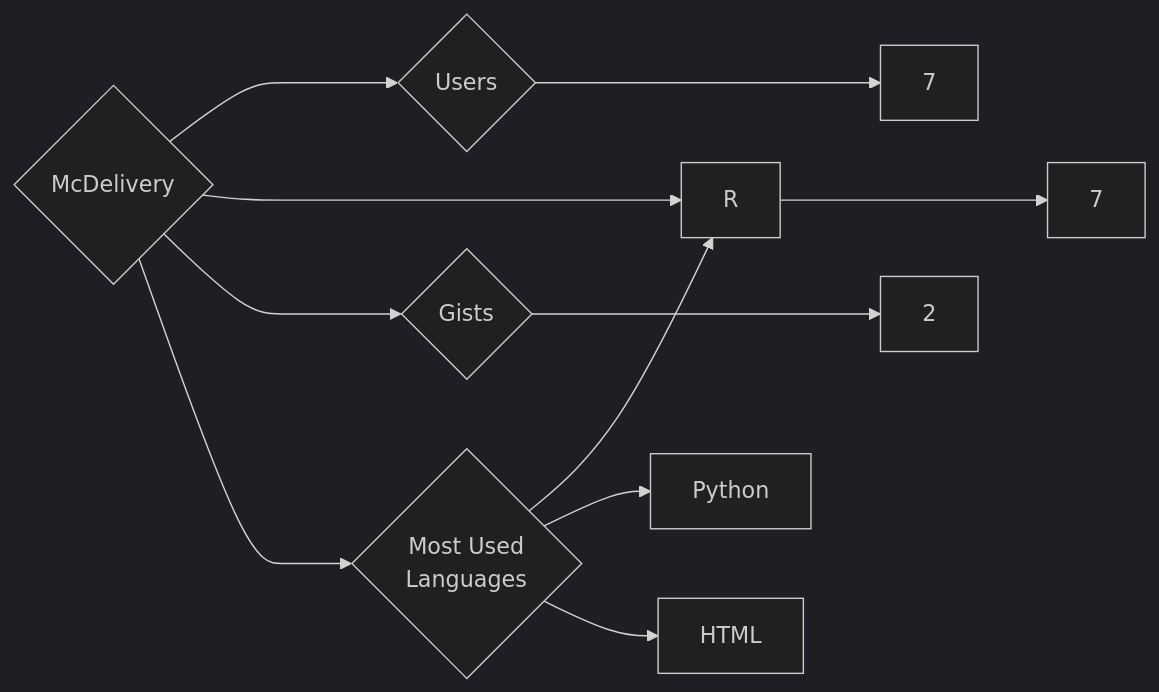
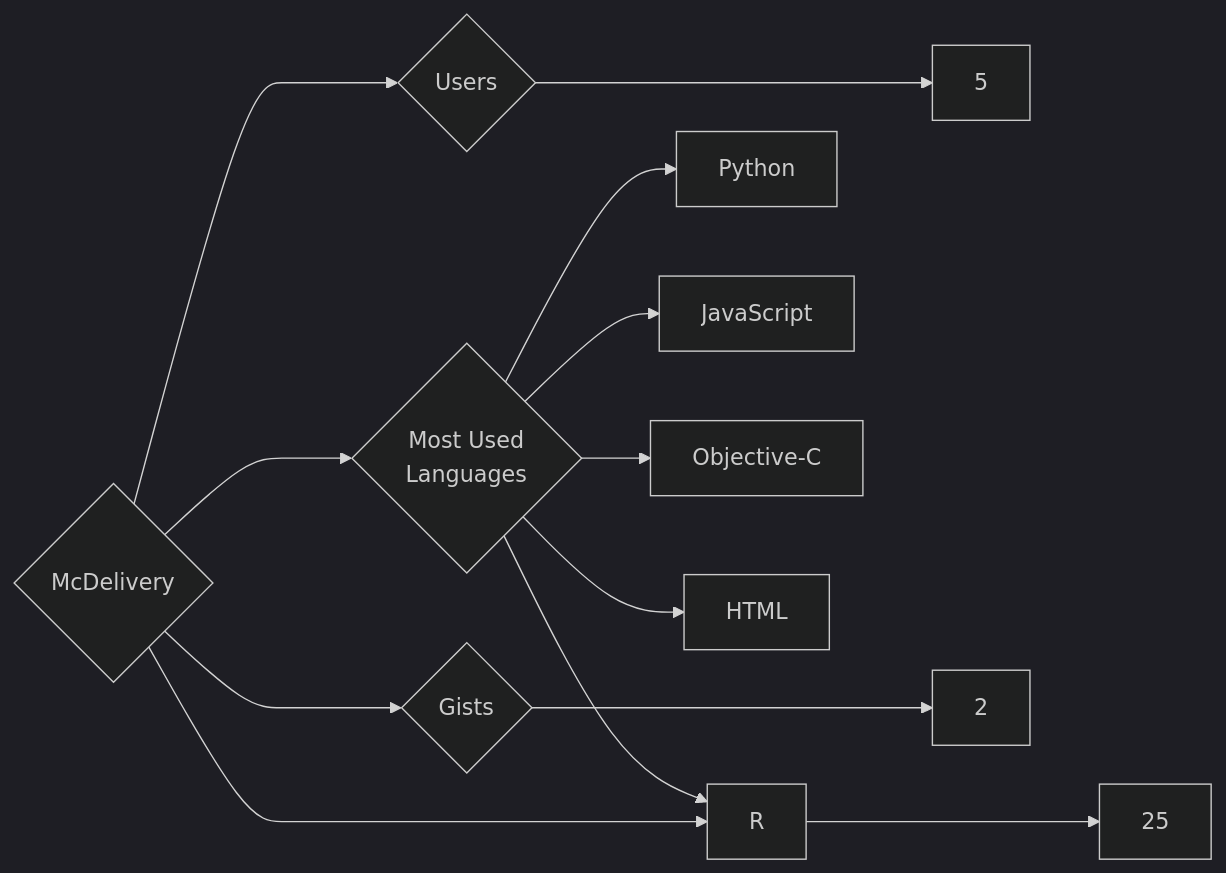
The diagram in targets/McDelivery/README.md (trickest/insiders), drawn with Mermaid (dark theme) before and after one commit. The commit also changed 1389 other files, not shown here.

````diff
--- a/targets/McDelivery/README.md
+++ b/targets/McDelivery/README.md
@@ -3,11 +3,13 @@
 ```mermaid
 graph LR
 COMPANY_NAME{McDelivery}
-COMPANY_NAME ---> U{Users} ---> UN[7]
-COMPANY_NAME ---> R{Repositories} ---> RN[7]
+COMPANY_NAME ---> U{Users} ---> UN[5]
+COMPANY_NAME ---> R{Repositories} ---> RN[25]
 COMPANY_NAME ---> G{Gists} ---> GN[2]
 COMPANY_NAME ---> ML{Most Used<br>Languages}
+ML --> Python[Python]
 ML --> R[R]
-ML --> Python[Python]
+ML --> JavaScript[JavaScript]
+ML --> Objective-C[Objective-C]
 ML --> HTML[HTML]
 ```
````
